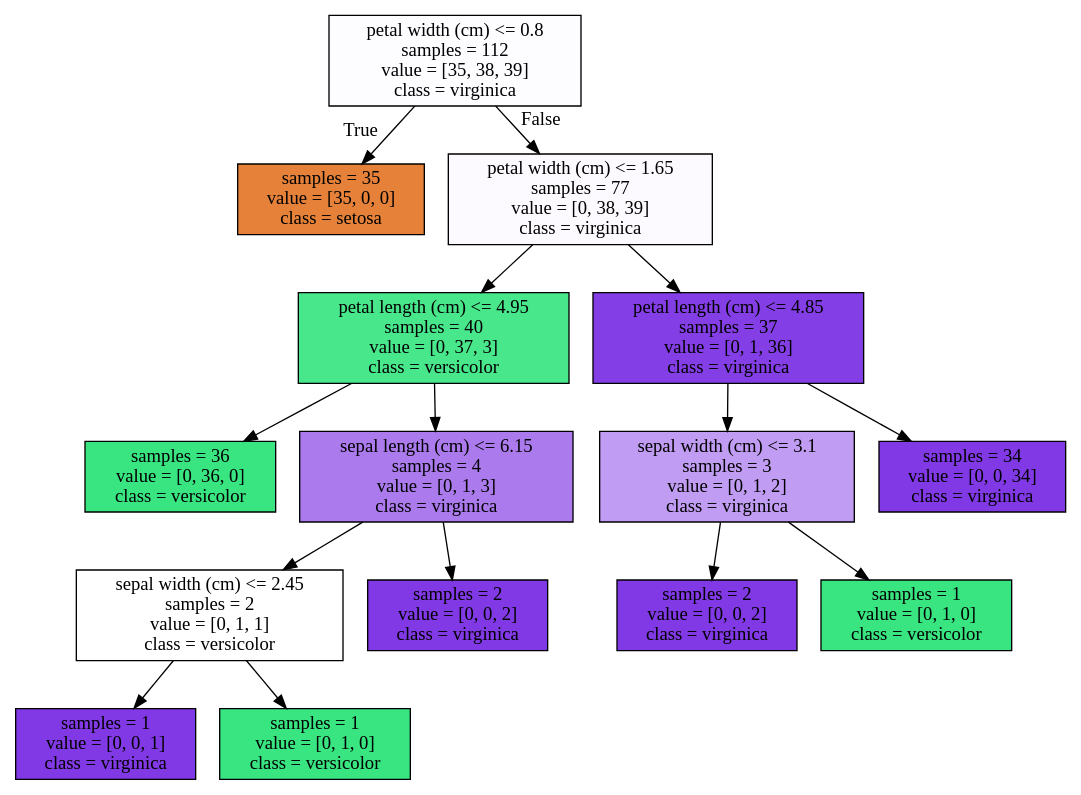
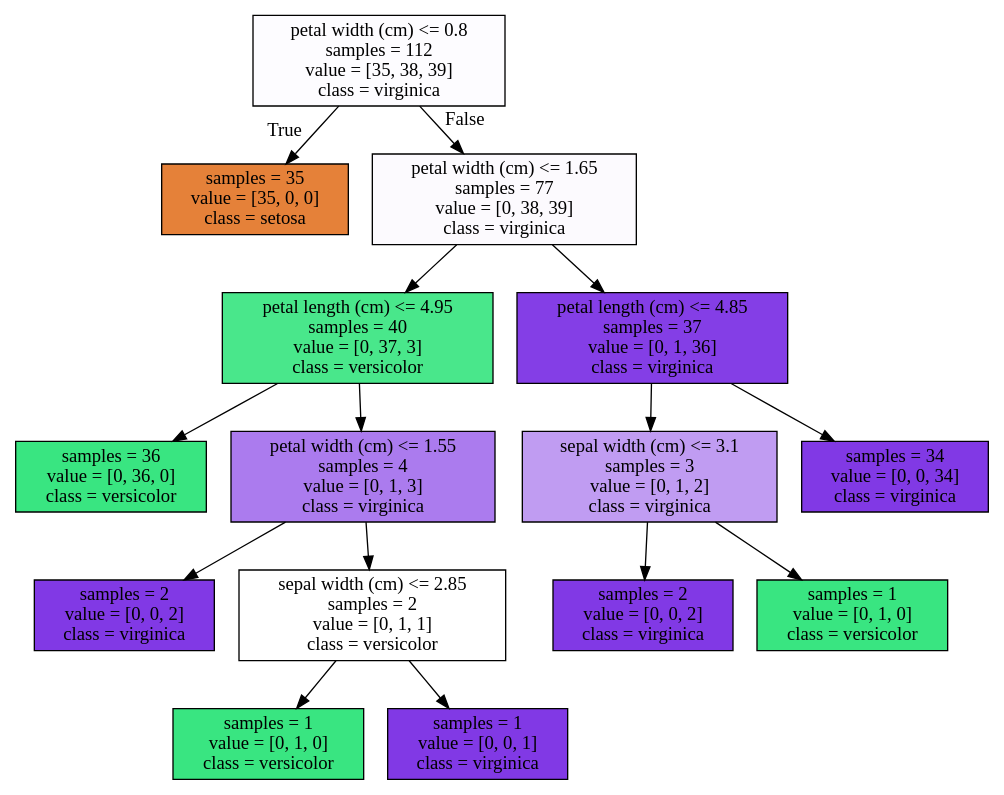
Before and after one commit to dogahe/python-plotting: the diagram in adspy_temp.dot, drawn with Graphviz. The commit also changed 7 other files, not shown here.

```diff
--- a/adspy_temp.dot
+++ b/adspy_temp.dot
@@ -1,32 +1,32 @@
 digraph Tree {
 node [shape=box, style="filled", color="black"] ;
 0 [label="petal width (cm) <= 0.8\nsamples = 112\nvalue = [35, 38, 39]\nclass = virginica", fillcolor="#fdfcff"] ;
 1 [label="samples = 35\nvalue = [35, 0, 0]\nclass = setosa", fillcolor="#e58139"] ;
 0 -> 1 [labeldistance=2.5, labelangle=45, headlabel="True"] ;
 2 [label="petal width (cm) <= 1.65\nsamples = 77\nvalue = [0, 38, 39]\nclass = virginica", fillcolor="#fcfafe"] ;
 0 -> 2 [labeldistance=2.5, labelangle=-45, headlabel="False"] ;
 3 [label="petal length (cm) <= 4.95\nsamples = 40\nvalue = [0, 37, 3]\nclass = versicolor", fillcolor="#49e78b"] ;
 2 -> 3 ;
 4 [label="samples = 36\nvalue = [0, 36, 0]\nclass = versicolor", fillcolor="#39e581"] ;
 3 -> 4 ;
-5 [label="sepal length (cm) <= 6.15\nsamples = 4\nvalue = [0, 1, 3]\nclass = virginica", fillcolor="#ab7bee"] ;
+5 [label="petal width (cm) <= 1.55\nsamples = 4\nvalue = [0, 1, 3]\nclass = virginica", fillcolor="#ab7bee"] ;
 3 -> 5 ;
-6 [label="sepal width (cm) <= 2.45\nsamples = 2\nvalue = [0, 1, 1]\nclass = versicolor", fillcolor="#ffffff"] ;
+6 [label="samples = 2\nvalue = [0, 0, 2]\nclass = virginica", fillcolor="#8139e5"] ;
 5 -> 6 ;
-7 [label="samples = 1\nvalue = [0, 0, 1]\nclass = virginica", fillcolor="#8139e5"] ;
-6 -> 7 ;
+7 [label="sepal width (cm) <= 2.85\nsamples = 2\nvalue = [0, 1, 1]\nclass = versicolor", fillcolor="#ffffff"] ;
+5 -> 7 ;
 8 [label="samples = 1\nvalue = [0, 1, 0]\nclass = versicolor", fillcolor="#39e581"] ;
-6 -> 8 ;
-9 [label="samples = 2\nvalue = [0, 0, 2]\nclass = virginica", fillcolor="#8139e5"] ;
-5 -> 9 ;
+7 -> 8 ;
+9 [label="samples = 1\nvalue = [0, 0, 1]\nclass = virginica", fillcolor="#8139e5"] ;
+7 -> 9 ;
 10 [label="petal length (cm) <= 4.85\nsamples = 37\nvalue = [0, 1, 36]\nclass = virginica", fillcolor="#843ee6"] ;
 2 -> 10 ;
 11 [label="sepal width (cm) <= 3.1\nsamples = 3\nvalue = [0, 1, 2]\nclass = virginica", fillcolor="#c09cf2"] ;
 10 -> 11 ;
 12 [label="samples = 2\nvalue = [0, 0, 2]\nclass = virginica", fillcolor="#8139e5"] ;
 11 -> 12 ;
 13 [label="samples = 1\nvalue = [0, 1, 0]\nclass = versicolor", fillcolor="#39e581"] ;
 11 -> 13 ;
 14 [label="samples = 34\nvalue = [0, 0, 34]\nclass = virginica", fillcolor="#8139e5"] ;
 10 -> 14 ;
 }
```
